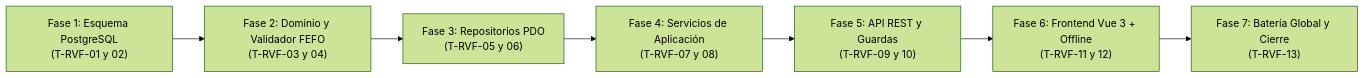
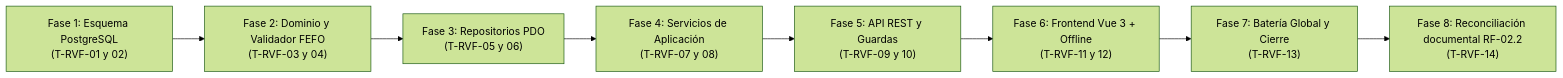
Before and after one commit to Rugsoft/VendGuard: the diagram in specs/34-in-situ-restock-visit/tasks.md, drawn with Mermaid (forest theme). The commit also changed other lines of this file and 4 other files, not shown here.

````diff
--- a/specs/34-in-situ-restock-visit/tasks.md
+++ b/specs/34-in-situ-restock-visit/tasks.md
@@ -13,9 +14,10 @@
 ```mermaid
 flowchart LR
     P1["Fase 1: Esquema PostgreSQL\n(T-RVF-01 y 02)"] --> P2["Fase 2: Dominio y Validador FEFO\n(T-RVF-03 y 04)"]
     P2 --> P3["Fase 3: Repositorios PDO\n(T-RVF-05 y 06)"]
     P3 --> P4["Fase 4: Servicios de Aplicación\n(T-RVF-07 y 08)"]
     P4 --> P5["Fase 5: API REST y Guardas\n(T-RVF-09 y 10)"]
     P5 --> P6["Fase 6: Frontend Vue 3 + Offline\n(T-RVF-11 y 12)"]
     P6 --> P7["Fase 7: Batería Global y Cierre\n(T-RVF-13)"]
+    P7 --> P8["Fase 8: Reconciliación documental RF-02.2\n(T-RVF-14)"]
 ```
````
